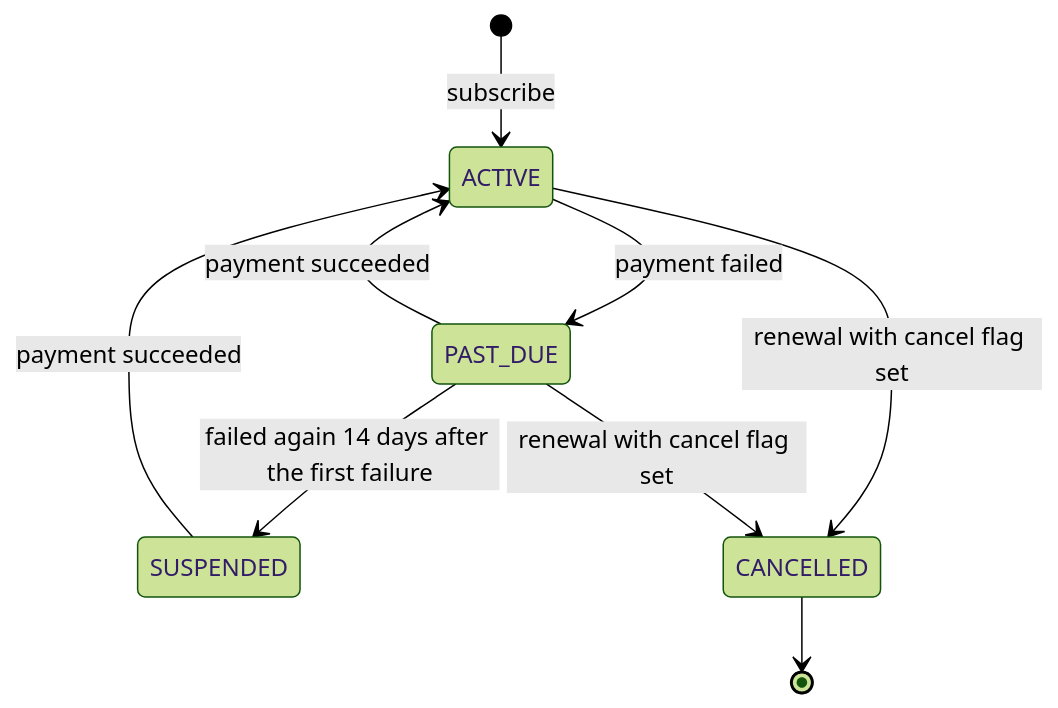
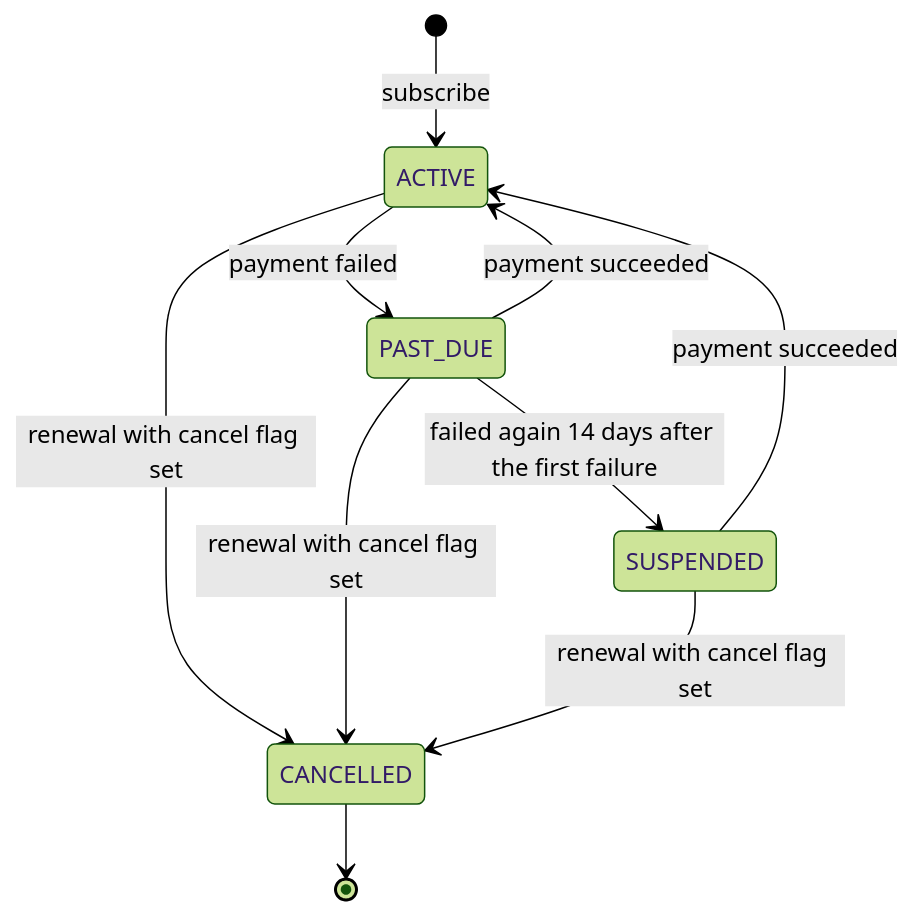
Before and after one commit to Chris013/java-practice: the first of 5 diagrams in tasks/25-capstone-subscription-billing.md, drawn with Mermaid (forest theme). The commit also changed other lines of this file and 7 other files, not shown here.

````diff
--- a/tasks/25-capstone-subscription-billing.md
+++ b/tasks/25-capstone-subscription-billing.md
@@ -42,11 +44,12 @@
 ```mermaid
 stateDiagram-v2
     [*] --> ACTIVE : subscribe
     ACTIVE --> PAST_DUE : payment failed
     PAST_DUE --> ACTIVE : payment succeeded
     PAST_DUE --> SUSPENDED : failed again 14 days after the first failure
     SUSPENDED --> ACTIVE : payment succeeded
     ACTIVE --> CANCELLED : renewal with cancel flag set
     PAST_DUE --> CANCELLED : renewal with cancel flag set
+    SUSPENDED --> CANCELLED : renewal with cancel flag set
     CANCELLED --> [*]
 ```
````
